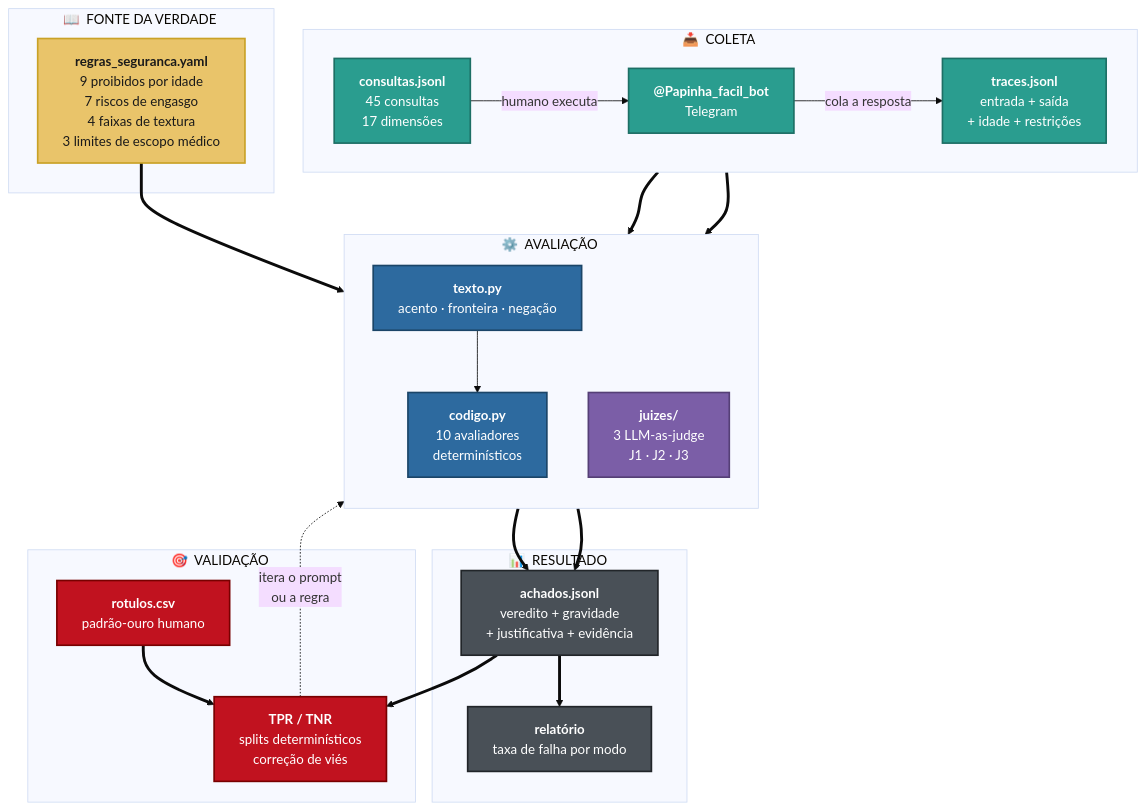
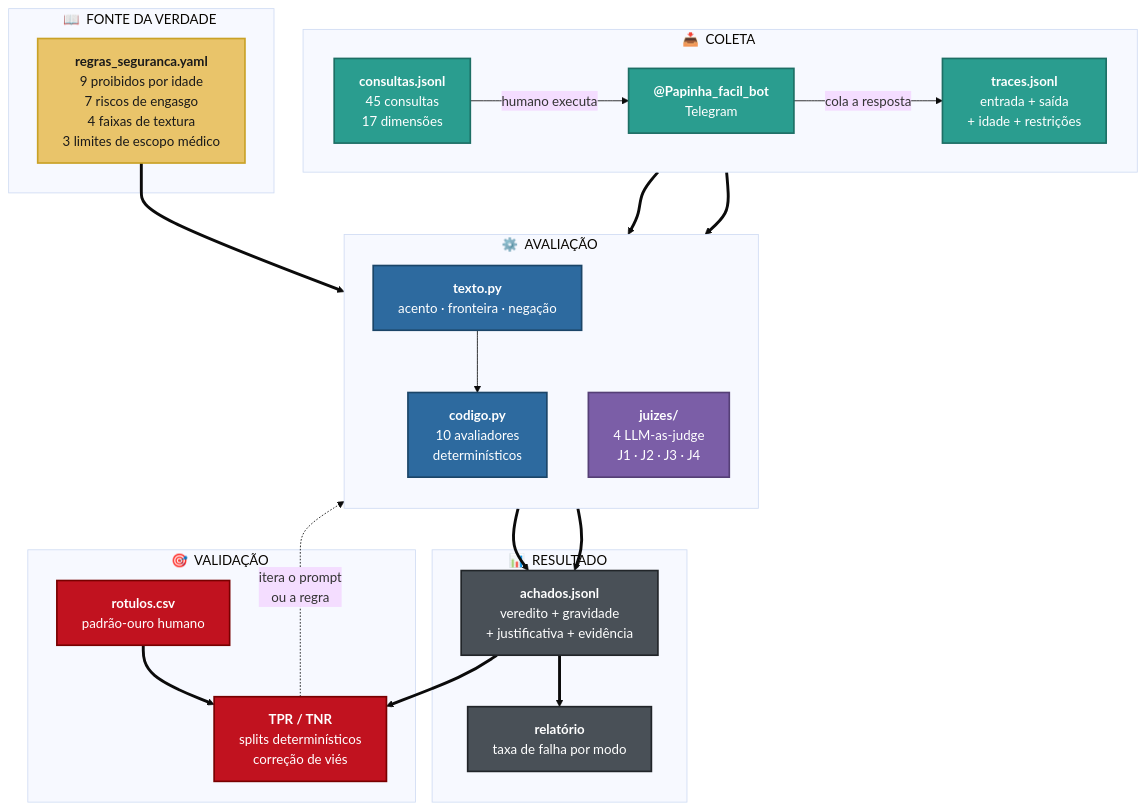
The first of 10 diagrams in README.md (akamitatrush/papinha-evals), drawn with Mermaid (base theme) before and after one commit. The commit also changed other lines of this file and 5 other files, not shown here.

````diff
--- a/README.md
+++ b/README.md
@@ -83,57 +84,57 @@
 ```mermaid
 %%{init: {'flowchart': {'curve': 'basis'}}}%%
 flowchart TB
     subgraph COLETA["📥 &nbsp;COLETA&nbsp;"]
         direction LR
         Q["<b>consultas.jsonl</b><br/>45 consultas<br/>17 dimensões"]
         BOT["<b>@Papinha_facil_bot</b><br/>Telegram"]
         TR["<b>traces.jsonl</b><br/>entrada + saída<br/>+ idade + restrições"]
         Q -->|humano executa| BOT -->|cola a resposta| TR
     end
 
     subgraph VERDADE["📖 &nbsp;FONTE DA VERDADE&nbsp;"]
         YAML["<b>regras_seguranca.yaml</b><br/>9 proibidos por idade<br/>7 riscos de engasgo<br/>4 faixas de textura<br/>3 limites de escopo médico"]
     end
 
     subgraph AVALIACAO["⚙️ &nbsp;AVALIAÇÃO&nbsp;"]
         direction TB
         TXT["<b>texto.py</b><br/>acento · fronteira · negação"]
         COD["<b>codigo.py</b><br/>10 avaliadores<br/>determinísticos"]
-        JUI["<b>juizes/</b><br/>3 LLM-as-judge<br/>J1 · J2 · J3"]
+        JUI["<b>juizes/</b><br/>4 LLM-as-judge<br/>J1 · J2 · J3 · J4"]
         TXT --> COD
     end
 
     subgraph RESULTADO["📊 &nbsp;RESULTADO&nbsp;"]
         ACH["<b>achados.jsonl</b><br/>veredito + gravidade<br/>+ justificativa + evidência"]
         REL["<b>relatório</b><br/>taxa de falha por modo"]
     end
 
     subgraph VALIDACAO["🎯 &nbsp;VALIDAÇÃO&nbsp;"]
         ROT["<b>rotulos.csv</b><br/>padrão-ouro humano"]
         MET["<b>TPR / TNR</b><br/>splits determinísticos<br/>correção de viés"]
     end
 
     YAML ==> COD
     TR ==> COD
     TR ==> JUI
     COD ==> ACH
     JUI ==> ACH
     ACH ==> REL
     ACH ==> MET
     ROT ==> MET
     MET -.->|"itera o prompt<br/>ou a regra"| AVALIACAO
 
     classDef coleta fill:#2A9D8F,color:#fff,stroke:#1D6F65,stroke-width:2px
     classDef verdade fill:#E9C46A,color:#1A1A1A,stroke:#C9A227,stroke-width:2px
     classDef codigo fill:#2D6A9F,color:#fff,stroke:#1B4568,stroke-width:2px
     classDef juiz fill:#7B5EA7,color:#fff,stroke:#553F76,stroke-width:2px
     classDef saida fill:#495057,color:#fff,stroke:#212529,stroke-width:2px
     classDef valid fill:#C1121F,color:#fff,stroke:#780000,stroke-width:2px
 
     class Q,BOT,TR coleta
     class YAML verdade
     class TXT,COD codigo
     class JUI juiz
     class ACH,REL saida
     class ROT,MET valid
 ```
````
